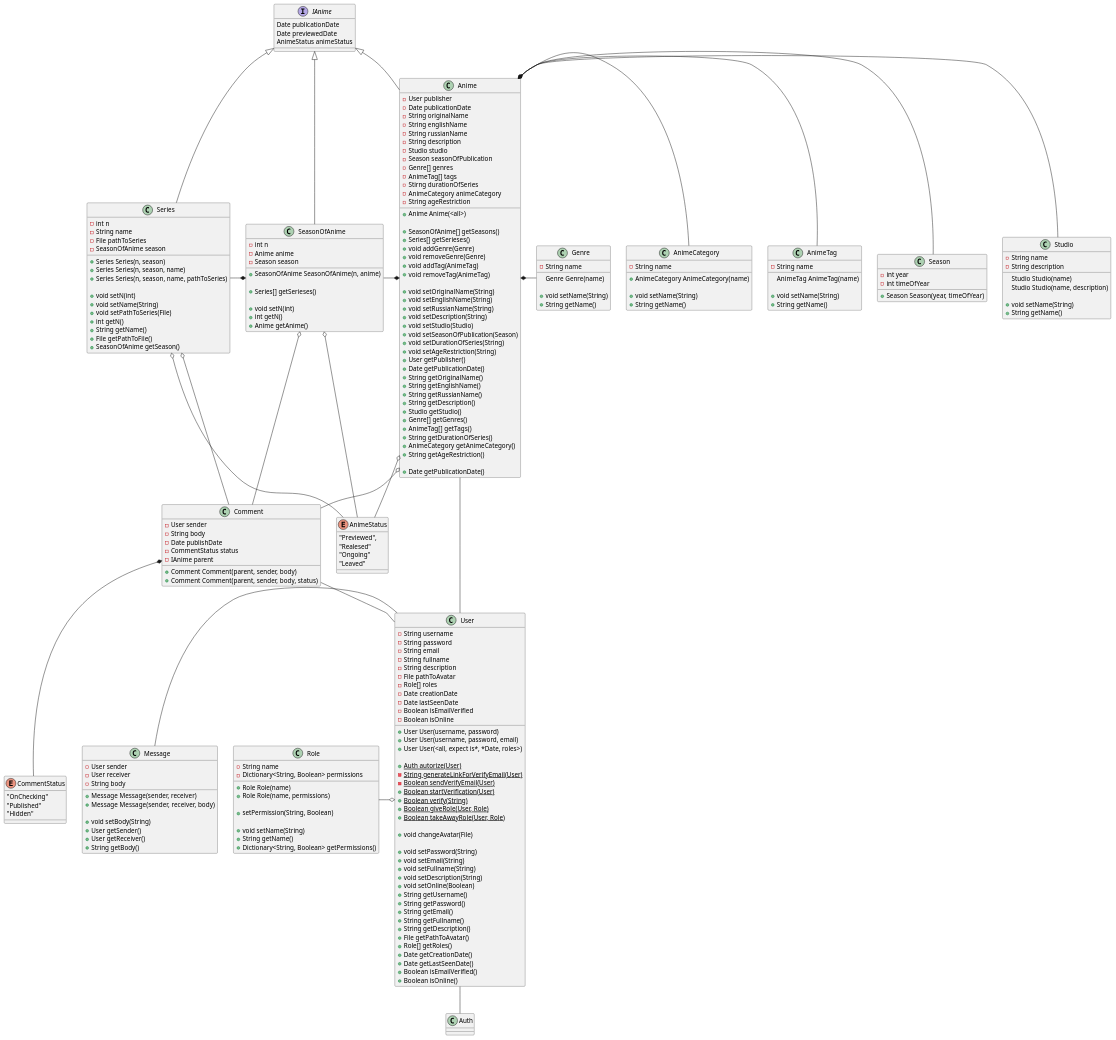
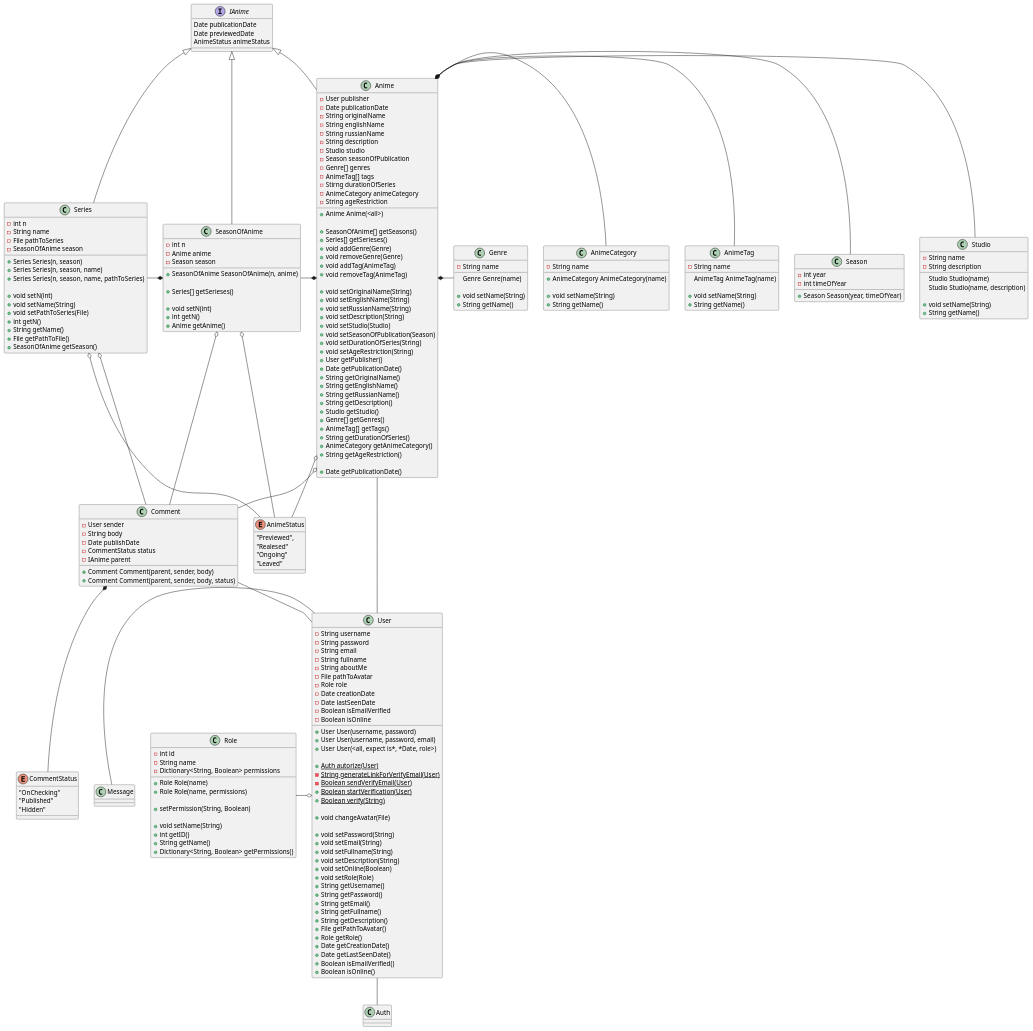
One commit to undiscoveredWorld/animeWatch changed the diagram in docs/diagrams/classes.plantuml. Above: the diagram before and after it, drawn with PlantUML. The commit also changed 4 other files, not shown here.

```diff
--- a/docs/diagrams/classes.plantuml
+++ b/docs/diagrams/classes.plantuml
@@ -5,6 +5,7 @@
 }
 
 class Role {
+    - int id
     - String name
     - Dictionary<String, Boolean> permissions
     
@@ -14,6 +15,7 @@
     + setPermission(String, Boolean)
 
     + void setName(String)
+    + int getID()
     + String getName()
     + Dictionary<String, Boolean> getPermissions()
 }
@@ -23,9 +25,9 @@
     - String password
     - String email
     - String fullname
-    - String description
+    - String aboutMe
     - File pathToAvatar
-    - Role[] roles
+    - Role role
     - Date creationDate
     - Date lastSeenDate
     - Boolean isEmailVerified
@@ -33,15 +35,13 @@
 
     + User User(username, password)
     + User User(username, password, email)
-    + User User(<all, expect is*, *Date, roles>)
+    + User User(<all, expect is*, *Date, role>)
 
     + {static} Auth autorize(User)
     - {static} String generateLinkForVerifyEmail(User)
     - {static} Boolean sendVerifyEmail(User)
     + {static} Boolean startVerification(User)
     + {static} Boolean verify(String)
-    + {static} Boolean giveRole(User, Role)
-    + {static} Boolean takeAwayRole(User, Role)
 
     + void changeAvatar(File)
 
@@ -50,31 +50,18 @@
     + void setFullname(String)
     + void setDescription(String)
     + void setOnline(Boolean)
+    + void setRole(Role)
     + String getUsername()
     + String getPassword()
     + String getEmail()
     + String getFullname()
     + String getDescription()
     + File getPathToAvatar()
-    + Role[] getRoles()
+    + Role getRole()
     + Date getCreationDate()
     + Date getLastSeenDate()
     + Boolean isEmailVerified()
     + Boolean isOnline()
-}
-
-class Message {
-    - User sender
-    - User receiver
-    - String body
-
-    + Message Message(sender, receiver)
-    + Message Message(sender, receiver, body)
-
-    + void setBody(String)
-    + User getSender()
-    + User getReceiver()
-    + String getBody()
 }
 
 interface IAnime {
```
